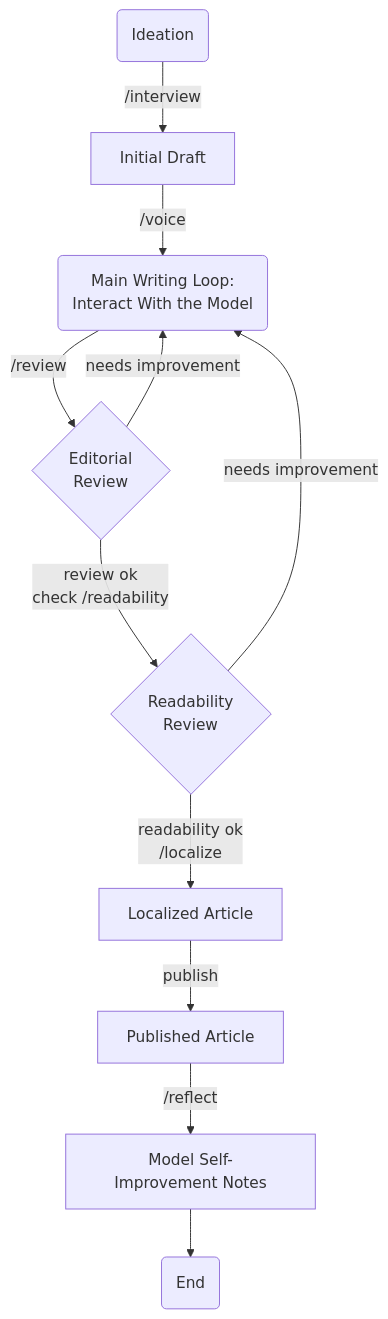
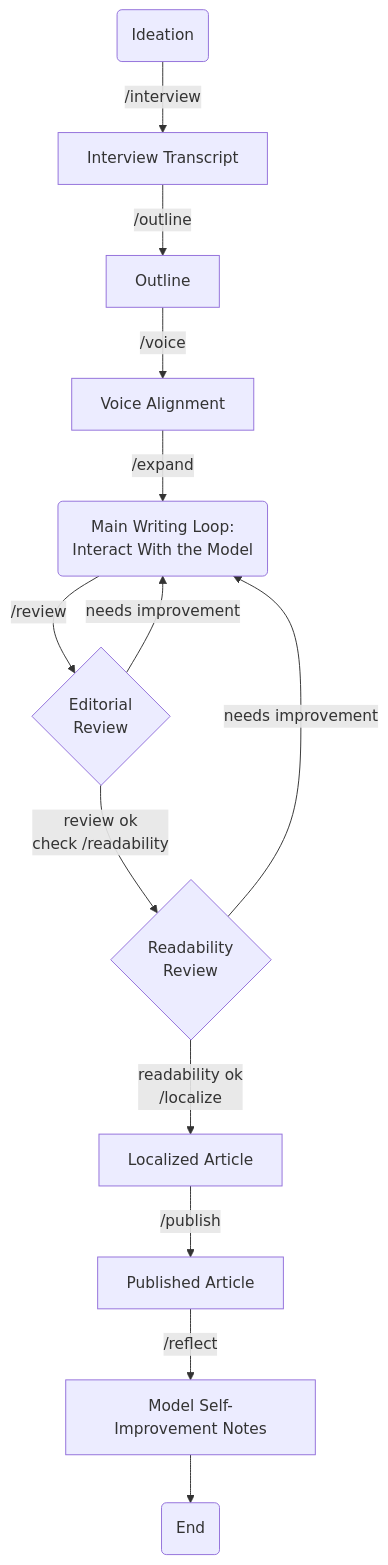
One commit to danicat/speedgrapher changed the diagram in README.md. Above: the diagram before and after it, drawn with Mermaid. The commit also changed other lines of this file, not shown here.

````diff
--- a/README.md
+++ b/README.md
@@ -66,13 +70,15 @@
 ```mermaid
 flowchart TD
-    I(Ideation) -->|/interview| ID[Initial Draft]
-    ID -->|/voice| WL(Main Writing Loop:<br>Interact With the Model)
+    I(Ideation) -->|/interview| IT[Interview Transcript]
+    IT -->|/outline| O[Outline]
+    O -->|/voice| V[Voice Alignment]
+    V -->|/expand| WL(Main Writing Loop:<br>Interact With the Model)
     WL -->|/review| RV{Editorial<br>Review}
     RV -->|needs improvement| WL
     RV -->|review ok<br>check /readability| RD{Readability<br>Review}
     RD -->|needs improvement| WL
     RD -->|readability ok<br>/localize| L[Localized Article]
-    L -->|publish| P[Published Article]
+    L -->|/publish| P[Published Article]
     P -->|/reflect| S[Model Self-Improvement Notes]
     S --> E(End)
 ```
````
